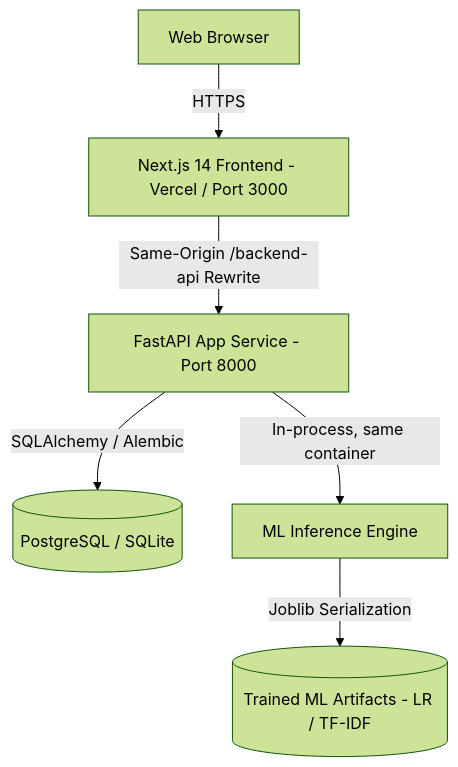
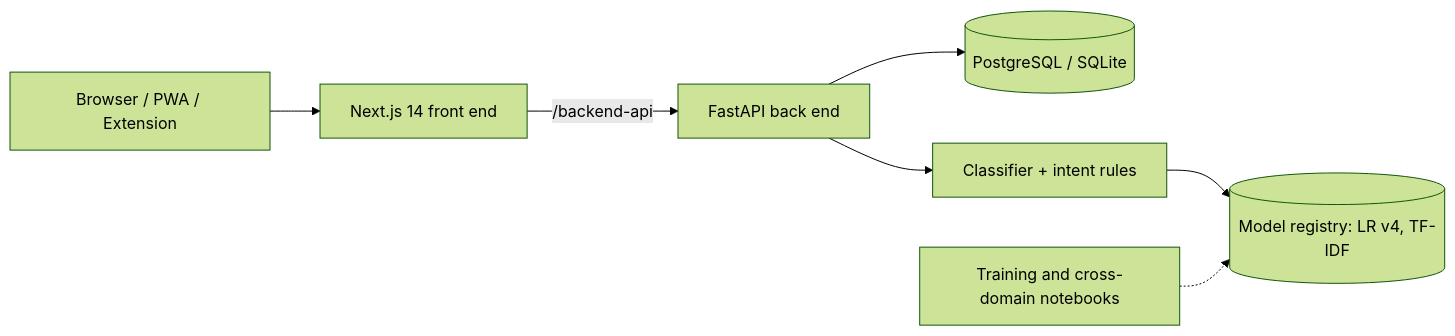
The diagram in README.md (priyamthakur275/ScamGuard-AI), drawn with Mermaid (forest theme) before and after one commit. The commit also changed other lines of this file and 75 other files, not shown here.

````diff
--- a/README.md
+++ b/README.md
@@ -89,8 +89,9 @@
 ```mermaid
-graph TD
-    Client[Web Browser] -->|HTTPS| Frontend[Next.js 14 Frontend - Vercel / Port 3000]
-    Frontend -->|Same-Origin /backend-api Rewrite| AppService[FastAPI App Service - Port 8000]
-    AppService -->|SQLAlchemy / Alembic| DB[(PostgreSQL / SQLite)]
-    AppService -->|In-process, same container| MLEngine[ML Inference Engine]
-    MLEngine -->|Joblib Serialization| ModelRegistry[(Trained ML Artifacts - LR / TF-IDF)]
+graph LR
+    U[Browser / PWA / Extension] --> F[Next.js 14 front end]
+    F -->|/backend-api| B[FastAPI back end]
+    B --> D[(PostgreSQL / SQLite)]
+    B --> M[Classifier + intent rules]
+    M --> R[(Model registry: LR v4, TF-IDF)]
+    N[Training and cross-domain notebooks] -.-> R
 ```
````
